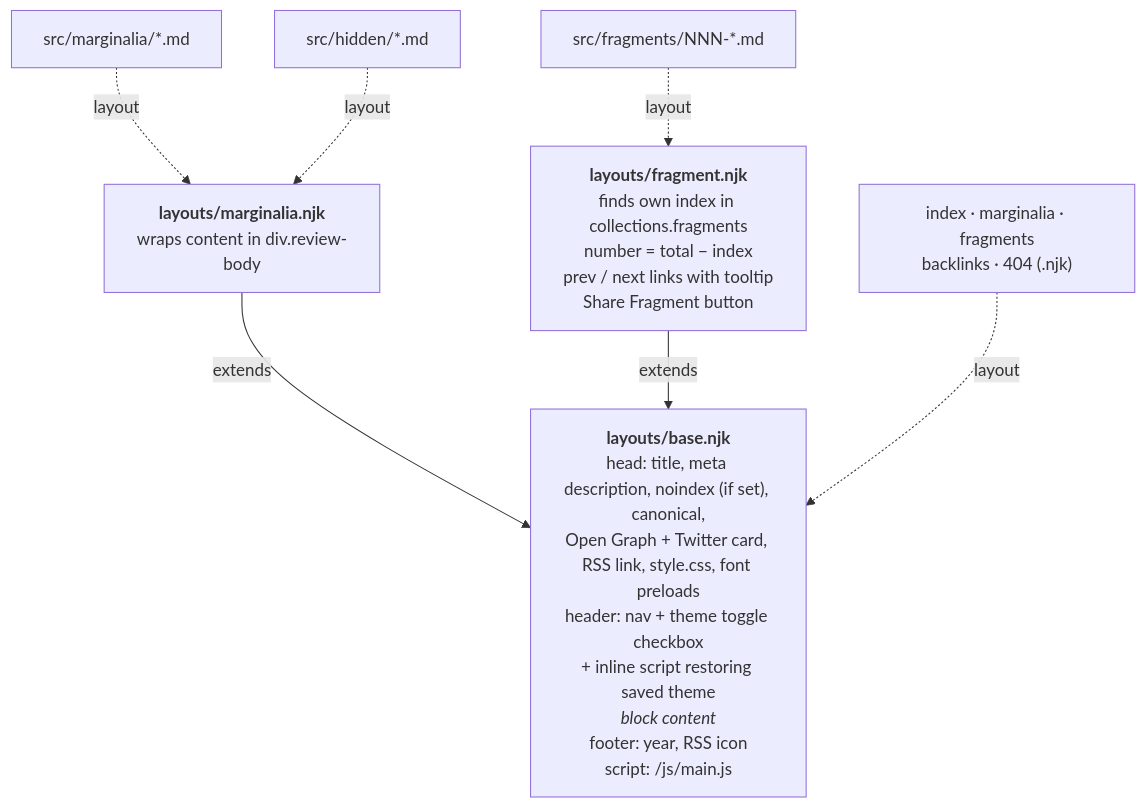
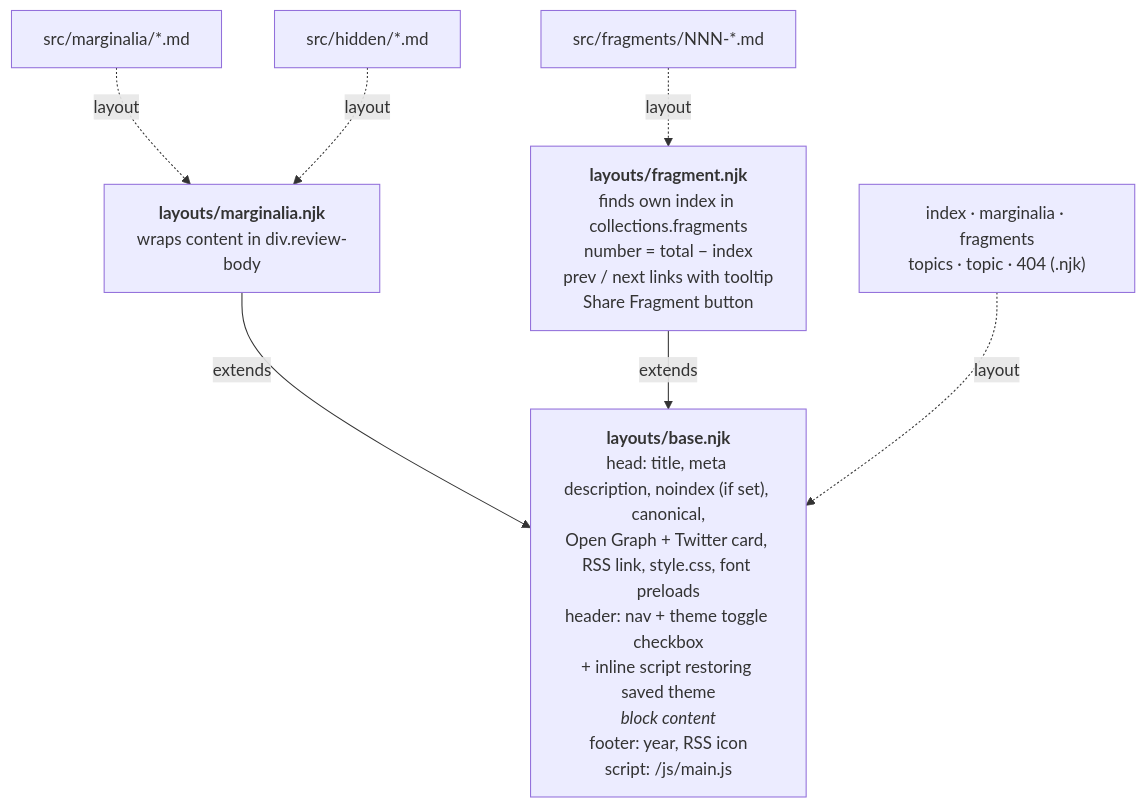
The fifth of 9 diagrams in ARCHITECTURE.md (raoul-g/raoulyy-blog), drawn with Mermaid before and after one commit. The commit also changed other lines of this file and 11 other files, not shown here.

First line of the commit message:
replace backlinks with static topic pages

````diff
--- a/ARCHITECTURE.md
+++ b/ARCHITECTURE.md
@@ -159,14 +157,14 @@
 ```mermaid
 flowchart TB
     BASE["<b>layouts/base.njk</b><br/>head: title, meta description, noindex (if set), canonical,<br/>Open Graph + Twitter card, RSS link, style.css, font preloads<br/>header: nav + theme toggle checkbox<br/>+ inline script restoring saved theme<br/><i>block content</i><br/>footer: year, RSS icon<br/>script: /js/main.js"]
     MARG["<b>layouts/marginalia.njk</b><br/>wraps content in div.review-body"]
     FRAG["<b>layouts/fragment.njk</b><br/>finds own index in collections.fragments<br/>number = total − index<br/>prev / next links with tooltip<br/>Share Fragment button"]
 
     MARG -- extends --> BASE
     FRAG -- extends --> BASE
 
     MP["src/marginalia/*.md"] -. layout .-> MARG
     HP["src/hidden/*.md"] -. layout .-> MARG
     FP["src/fragments/NNN-*.md"] -. layout .-> FRAG
-    PAGES["index · marginalia · fragments<br/>backlinks · 404 (.njk)"] -. layout .-> BASE
+    PAGES["index · marginalia · fragments<br/>topics · topic · 404 (.njk)"] -. layout .-> BASE
 ```
````
